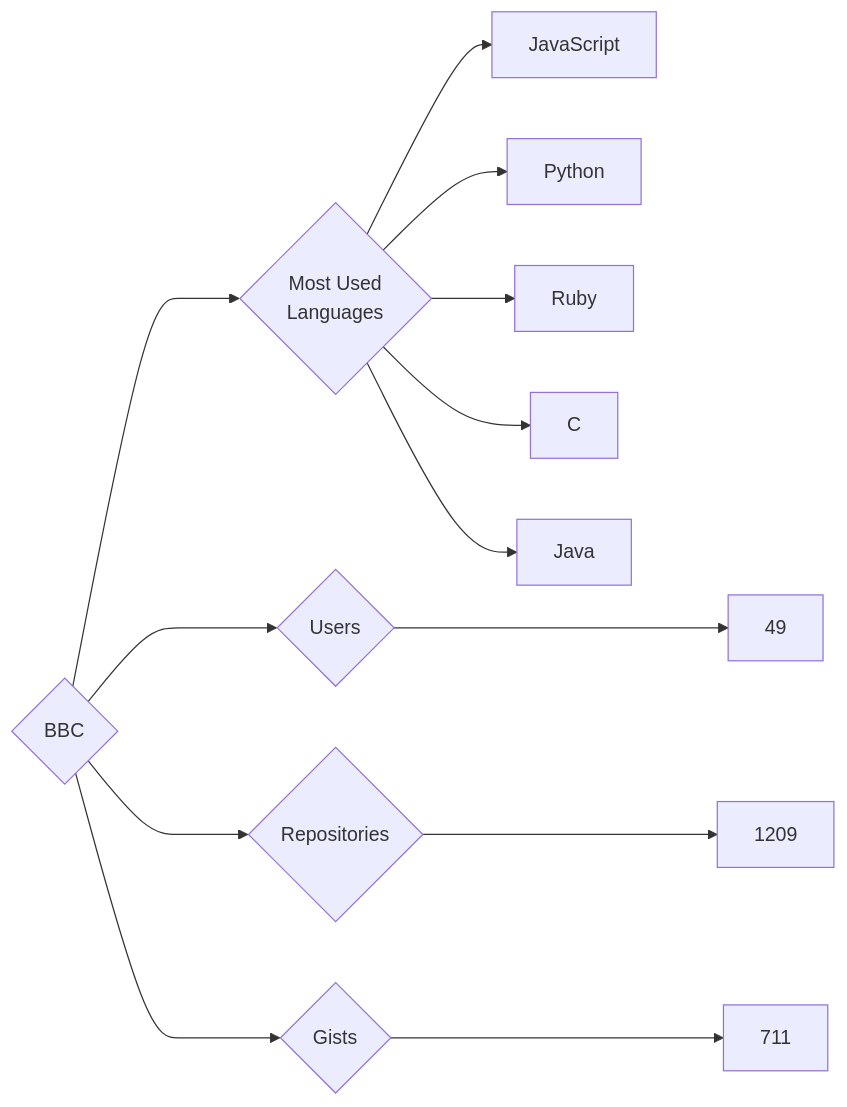
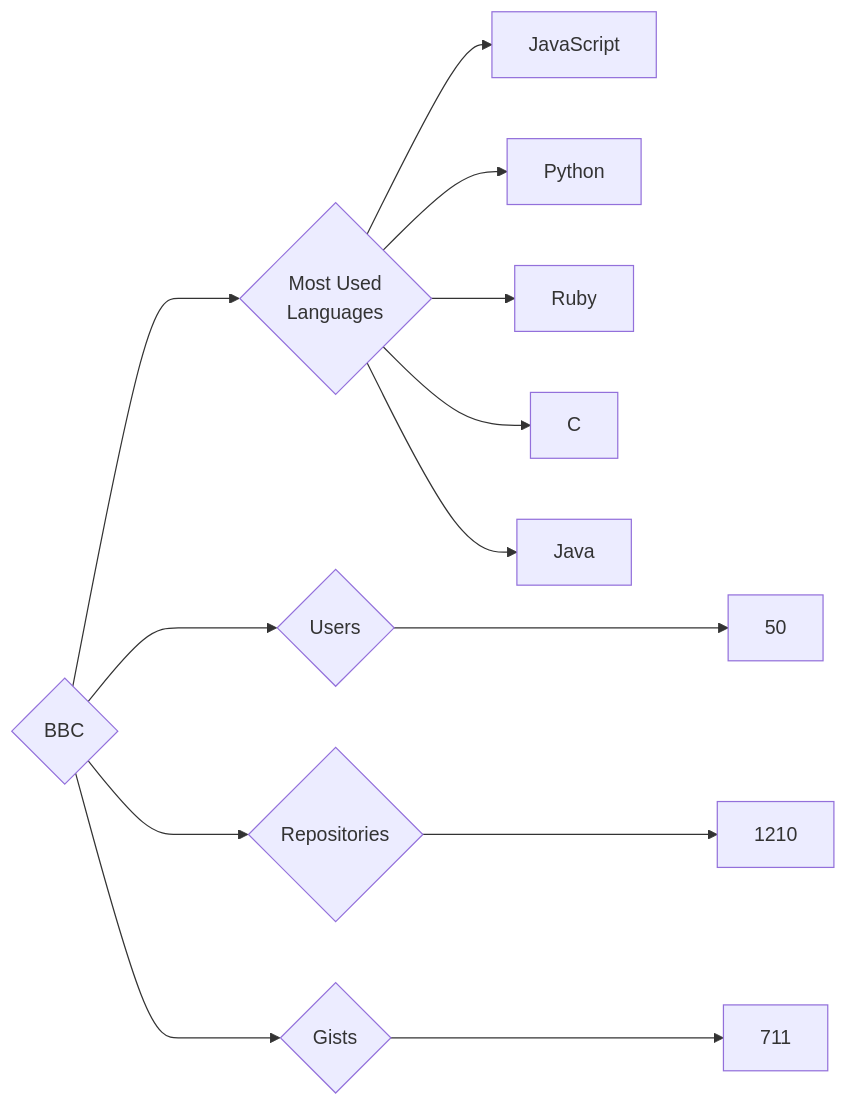
Before and after one commit to trickest/insiders: the diagram in targets/BBC/README.md, drawn with Mermaid. The commit also changed 745 other files, not shown here.

````diff
--- a/targets/BBC/README.md
+++ b/targets/BBC/README.md
@@ -3,13 +3,13 @@
 ```mermaid
 graph LR
 COMPANY_NAME{BBC}
-COMPANY_NAME ---> U{Users} ---> UN[49]
-COMPANY_NAME ---> R{Repositories} ---> RN[1209]
+COMPANY_NAME ---> U{Users} ---> UN[50]
+COMPANY_NAME ---> R{Repositories} ---> RN[1210]
 COMPANY_NAME ---> G{Gists} ---> GN[711]
 COMPANY_NAME ---> ML{Most Used<br>Languages}
 ML --> JavaScript[JavaScript]
 ML --> Python[Python]
 ML --> Ruby[Ruby]
 ML --> C[C]
 ML --> Java[Java]
 ```
````
